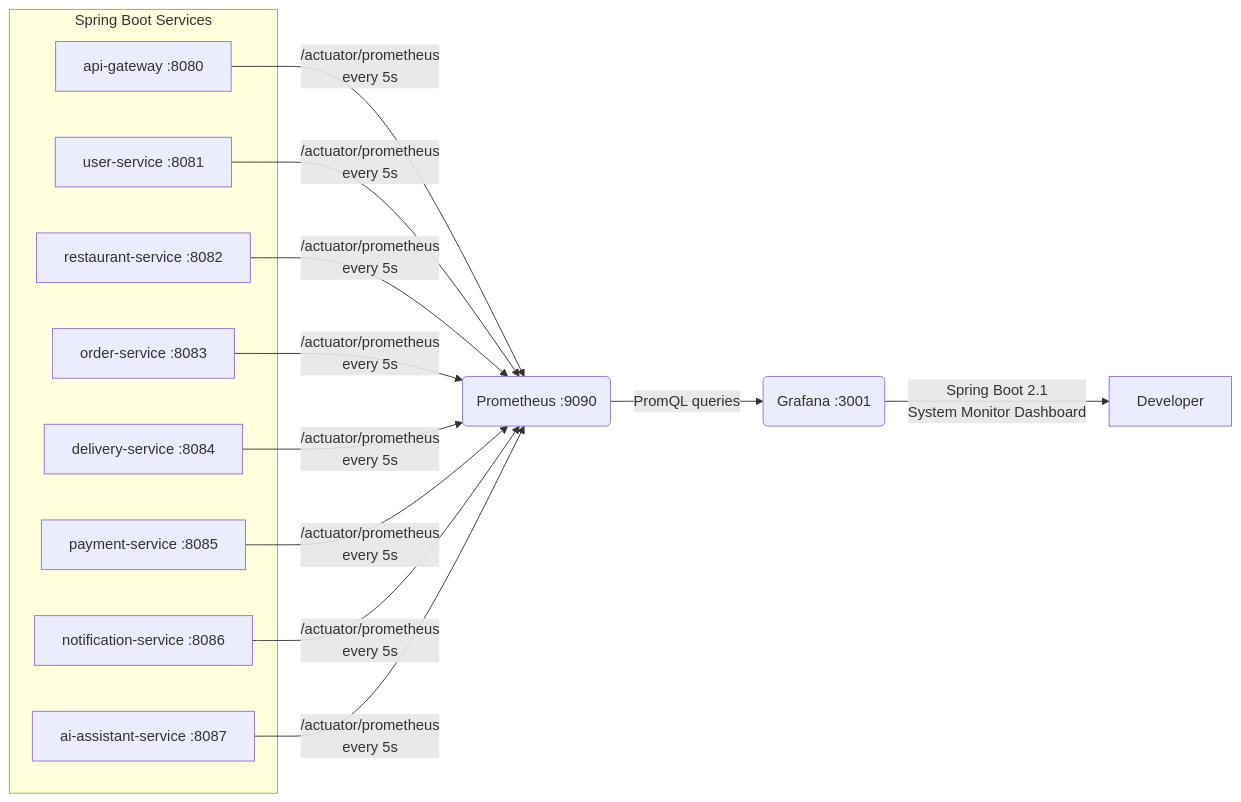
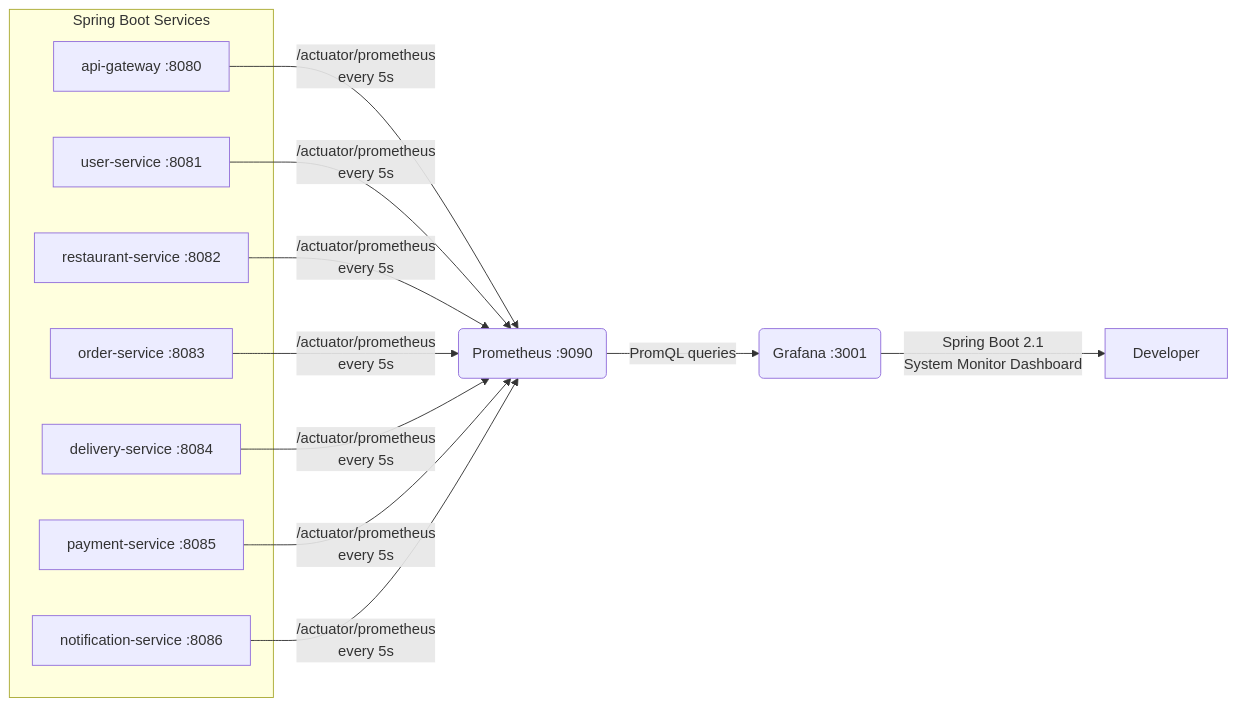
The fourth of 4 diagrams in README.md (Dhruhit33/MealMate), drawn with Mermaid before and after one commit. The commit also changed other lines of this file and 34 other files, not shown here.

Commit message:
Remove AI Assistant Service and clean up backend and frontend

````diff
--- a/README.md
+++ b/README.md
@@ -286,17 +284,16 @@
 ```mermaid
 graph LR
     subgraph Spring Boot Services
         A[api-gateway :8080]
         B[user-service :8081]
         C[restaurant-service :8082]
         D[order-service :8083]
         E[delivery-service :8084]
         F[payment-service :8085]
         G[notification-service :8086]
-        H[ai-assistant-service :8087]
     end
 
-    A & B & C & D & E & F & G & H -->|/actuator/prometheus\nevery 5s| P(Prometheus :9090)
+    A & B & C & D & E & F & G -->|/actuator/prometheus\nevery 5s| P(Prometheus :9090)
     P -->|PromQL queries| GR(Grafana :3001)
     GR -->|Spring Boot 2.1\nSystem Monitor Dashboard| DEV[Developer]
 ```
````
